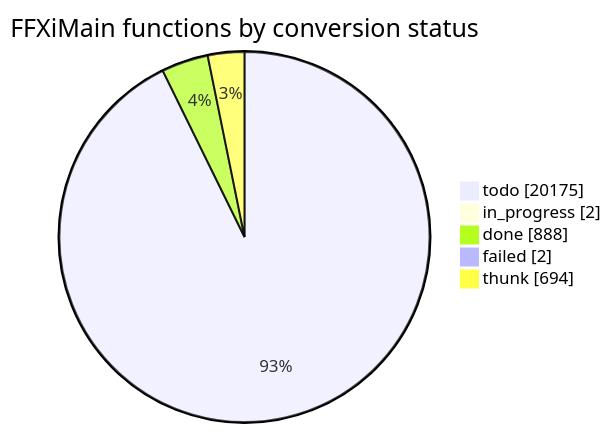
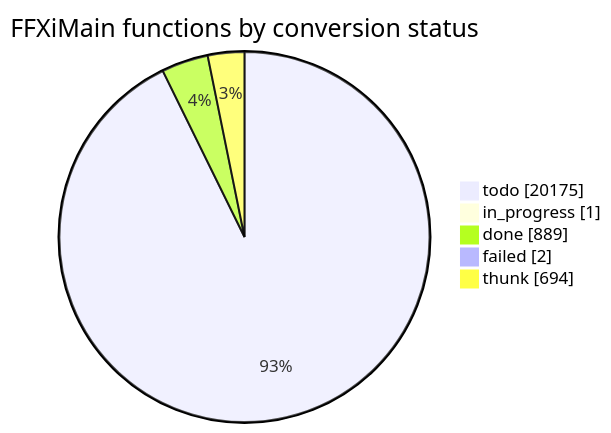
The diagram in docs/cow/STATUS.md (cowrevenge/cow_kuluu_xi_anything), drawn with Mermaid before and after one commit. The commit also changed other lines of this file and 9 other files, not shown here.

````diff
--- a/docs/cow/STATUS.md
+++ b/docs/cow/STATUS.md
@@ -18,9 +18,9 @@
 ```mermaid
 pie showData
     title FFXiMain functions by conversion status
     "todo" : 20175
-    "in_progress" : 2
-    "done" : 888
+    "in_progress" : 1
+    "done" : 889
     "failed" : 2
     "thunk" : 694
 ```
````
